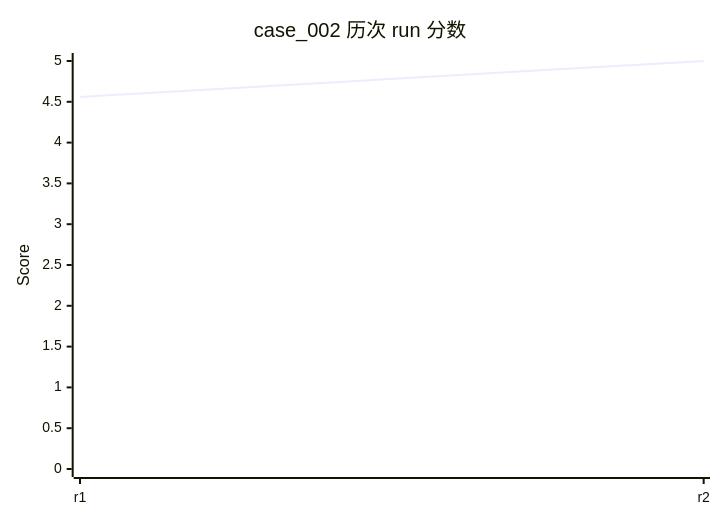
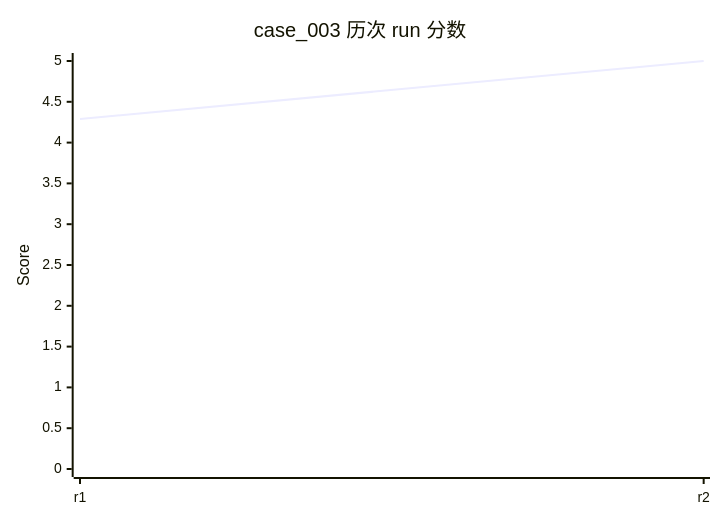
Before and after one commit to rushengzhou/sid-code: the tenth of 34 diagrams in evals/DASHBOARD.md, drawn with Mermaid. The commit also changed other lines of this file and 63 other files, not shown here.

````diff
--- a/evals/DASHBOARD.md
+++ b/evals/DASHBOARD.md
@@ -225,7 +264,7 @@
 ```mermaid
 xychart-beta
-    title "case_002 历次 run 分数"
+    title "case_003 历次 run 分数"
     x-axis [r1, r2]
     y-axis "Score" 0 --> 5
-    line [4.56, 5.00]
+    line [4.29, 5.00]
 ```
````
